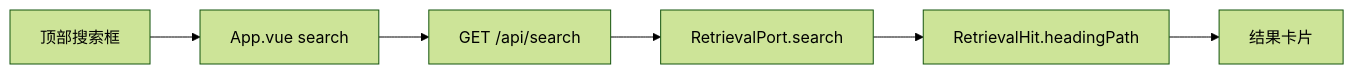
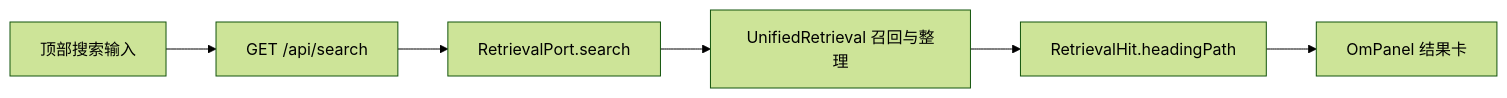
The diagram in .repo-review/knowledge/articles/0fc1372e659c300a4a7193e2de27f7d10a3c14baf8d61d9cee5f74f4a67a1d4a.md (lejunyang/omem), drawn with Mermaid (forest theme) before and after one commit. The commit also changed other lines of this file and 13 other files, not shown here.

````diff
--- a/.repo-review/knowledge/articles/0fc1372e659c300a4a7193e2de27f7d10a3c14baf8d61d9cee5f74f4a67a1d4a.md
+++ b/.repo-review/knowledge/articles/0fc1372e659c300a4a7193e2de27f7d10a3c14baf8d61d9cee5f74f4a67a1d4a.md
@@ -36,8 +28,8 @@
 ```mermaid
 flowchart LR
-  A[顶部搜索框] --> B[App.vue search]
-  B --> C[GET /api/search]
-  C --> D[RetrievalPort.search]
+  A[顶部搜索输入] --> B[GET /api/search]
+  B --> C[RetrievalPort.search]
+  C --> D[UnifiedRetrieval 召回与整理]
   D --> E[RetrievalHit.headingPath]
-  E --> F[结果卡片]
+  E --> F[OmPanel 结果卡]
 ```
````
